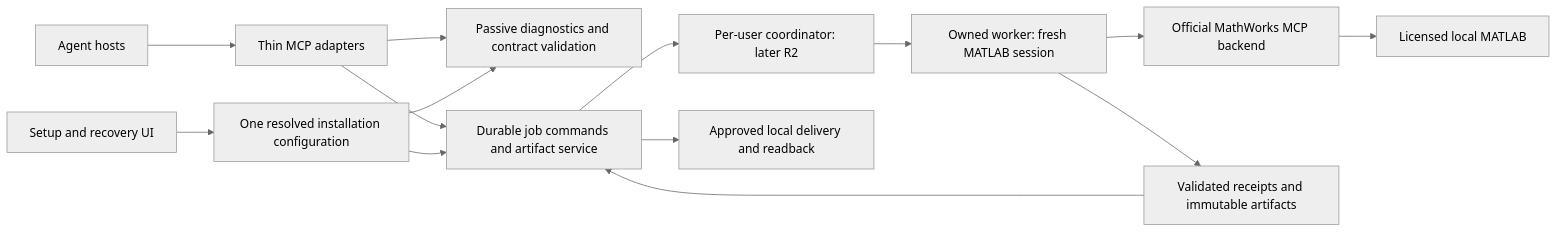
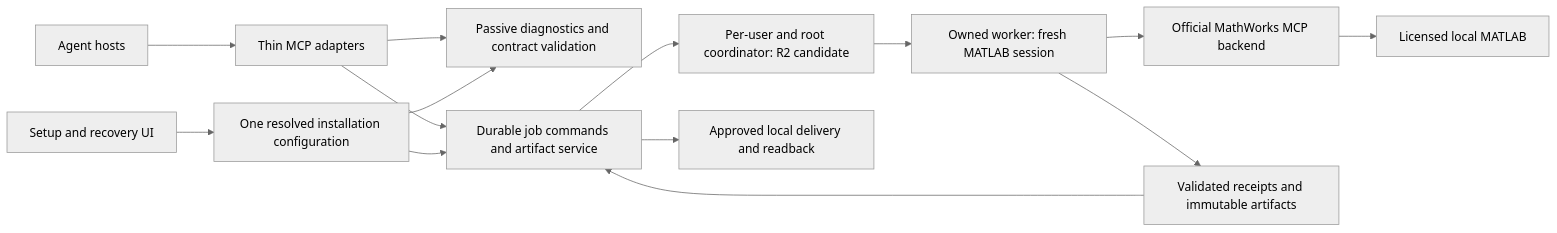
The diagram in docs/NEXT_TECHNICAL_ROUTE.md (saigyujikingyo-png/matlab-companion), drawn with Mermaid (neutral theme) before and after one commit. The commit also changed other lines of this file and 36 other files, not shown here.

````diff
--- a/docs/NEXT_TECHNICAL_ROUTE.md
+++ b/docs/NEXT_TECHNICAL_ROUTE.md
@@ -38,16 +40,16 @@
 ```mermaid
 flowchart LR
     H[Agent hosts] --> A[Thin MCP adapters]
     U[Setup and recovery UI] --> C[One resolved installation configuration]
     A --> D[Passive diagnostics and contract validation]
     A --> J[Durable job commands and artifact service]
     C --> D
     C --> J
-    J --> S[Per-user coordinator: later R2]
+    J --> S[Per-user and root coordinator: R2 candidate]
     S --> W[Owned worker: fresh MATLAB session]
     W --> B[Official MathWorks MCP backend]
     B --> M[Licensed local MATLAB]
     W --> R[Validated receipts and immutable artifacts]
     R --> J
     J --> L[Approved local delivery and readback]
 ```
````
